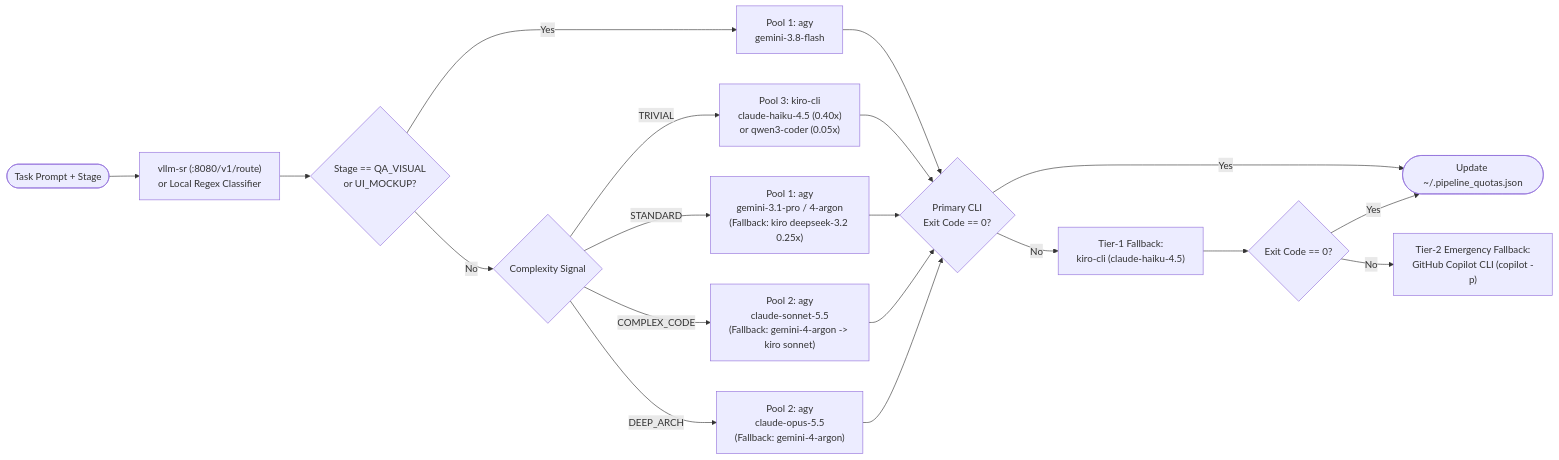
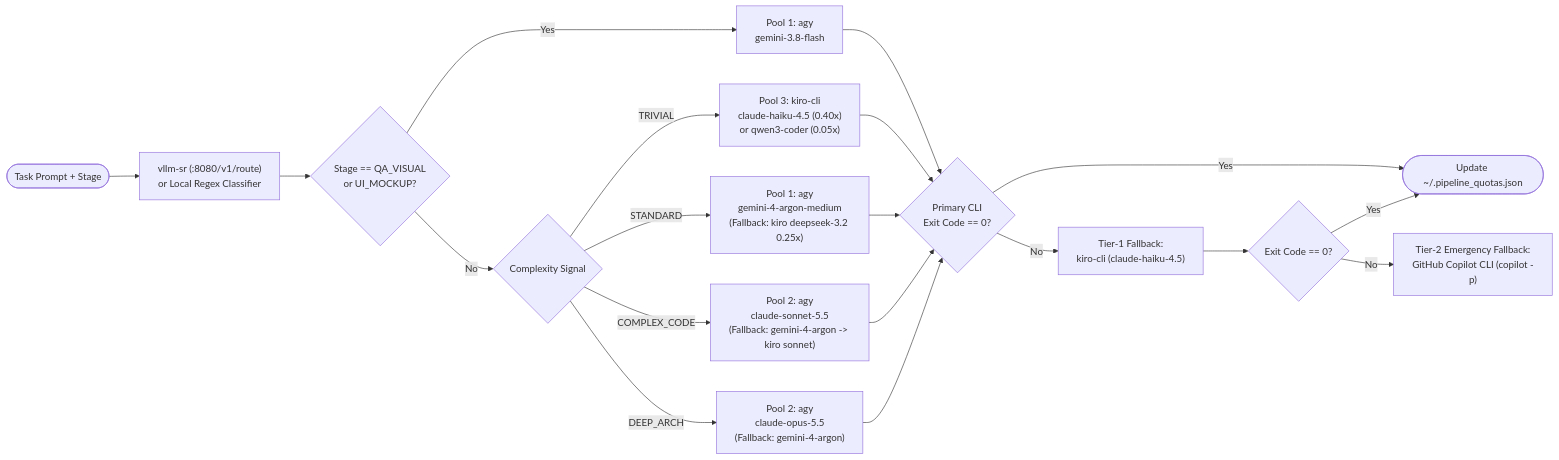
One commit to gbntr/agenthub changed the third of 3 diagrams in README.md. Above: the diagram before and after it, drawn with Mermaid. The commit also changed other lines of this file and 6 other files, not shown here.

Commit message:
fix(router): eliminate legacy gemini-3.1-pro reference, log runtime model flag, and update docs

````diff
--- a/README.md
+++ b/README.md
@@ -155,20 +155,20 @@
 ```mermaid
 flowchart LR
     Prompt(["Task Prompt + Stage"]) --> Classifier["vllm-sr (:8080/v1/route)<br/>or Local Regex Classifier"]
     Classifier --> StageCheck{"Stage == QA_VISUAL<br/>or UI_MOCKUP?"}
 
     StageCheck -- Yes --> Pool1_Flash["Pool 1: agy<br/>gemini-3.8-flash"]
     StageCheck -- No --> CompCheck{"Complexity Signal"}
 
     CompCheck -- TRIVIAL --> KiroHaiku["Pool 3: kiro-cli<br/>claude-haiku-4.5 (0.40x)<br/>or qwen3-coder (0.05x)"]
-    CompCheck -- STANDARD --> Pool1_Pro["Pool 1: agy<br/>gemini-3.1-pro / 4-argon<br/>(Fallback: kiro deepseek-3.2 0.25x)"]
+    CompCheck -- STANDARD --> Pool1_Pro["Pool 1: agy<br/>gemini-4-argon-medium<br/>(Fallback: kiro deepseek-3.2 0.25x)"]
     CompCheck -- COMPLEX_CODE --> Pool2_Sonnet["Pool 2: agy<br/>claude-sonnet-5.5<br/>(Fallback: gemini-4-argon -> kiro sonnet)"]
     CompCheck -- DEEP_ARCH --> Pool2_Opus["Pool 2: agy<br/>claude-opus-5.5<br/>(Fallback: gemini-4-argon)"]
 
     Pool1_Flash & KiroHaiku & Pool1_Pro & Pool2_Sonnet & Pool2_Opus --> Exec{"Primary CLI<br/>Exit Code == 0?"}
     Exec -- Yes --> Done(["Update ~/.pipeline_quotas.json"])
     Exec -- No --> FB1["Tier-1 Fallback:<br/>kiro-cli (claude-haiku-4.5)"]
     FB1 --> FB1_Check{"Exit Code == 0?"}
     FB1_Check -- Yes --> Done
     FB1_Check -- No --> FB2["Tier-2 Emergency Fallback:<br/>GitHub Copilot CLI (copilot -p)"]
 ```
````
